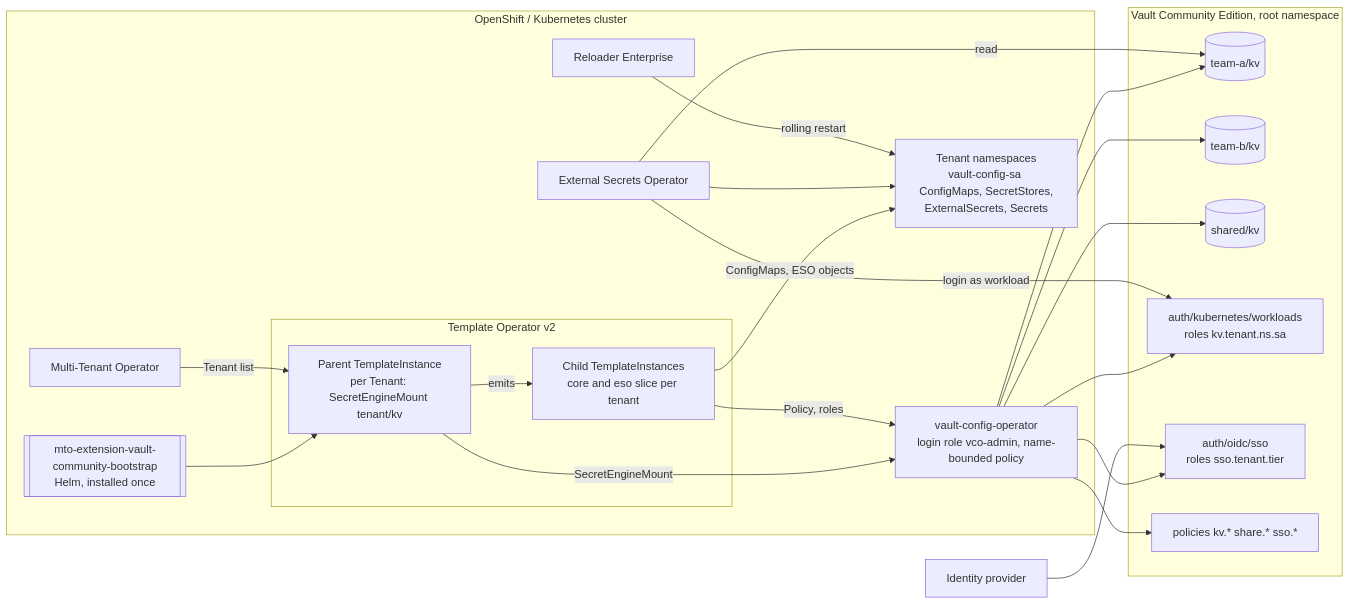
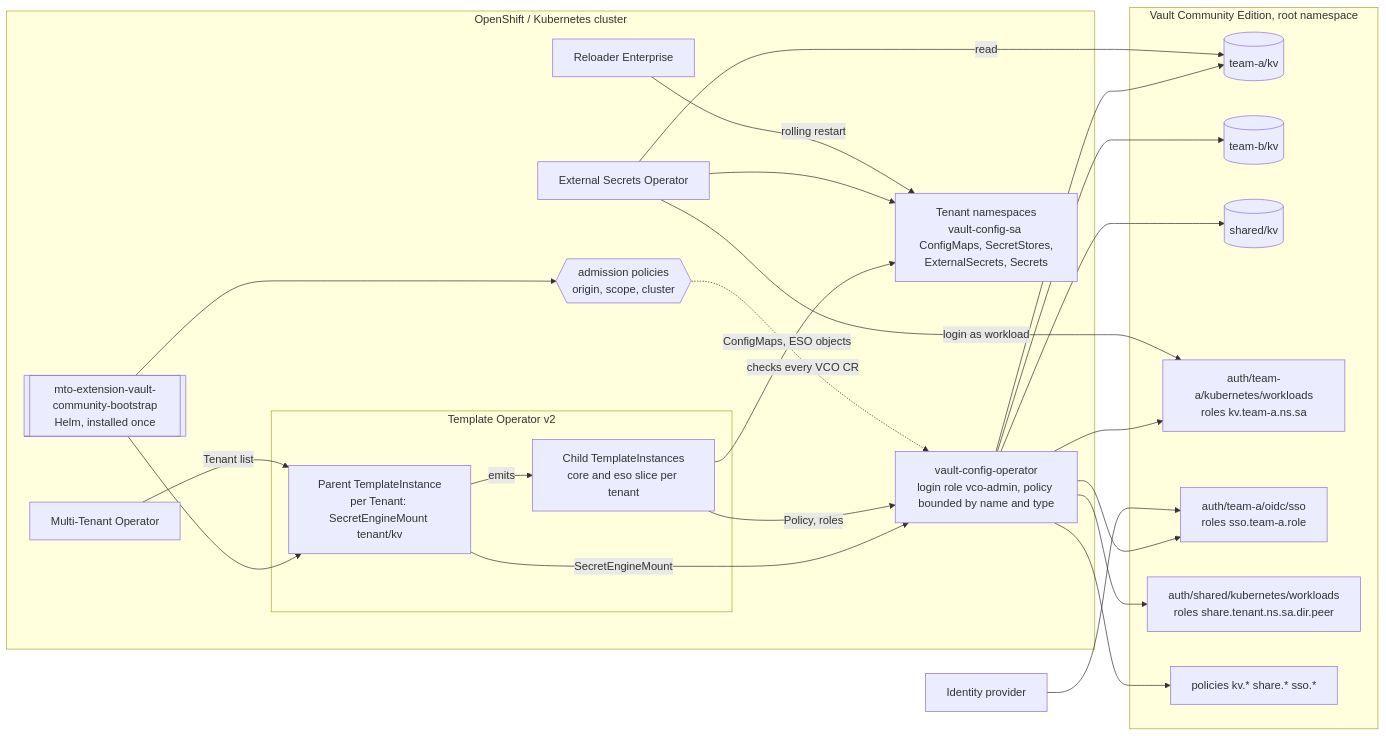
Before and after one commit to stakater/mto-extension-vault-community: the second of 6 diagrams in docs/diagrams.md, drawn with Mermaid. The commit also changed other lines of this file and 77 other files, not shown here.

````diff
--- a/docs/diagrams.md
+++ b/docs/diagrams.md
@@ -33,36 +33,40 @@
 ```mermaid
 flowchart LR
   subgraph Cluster[OpenShift / Kubernetes cluster]
     MTO[Multi-Tenant Operator]
     subgraph TOP[Template Operator v2]
       PTI[Parent TemplateInstance<br/>per Tenant: SecretEngineMount tenant/kv]
       CTI[Child TemplateInstances<br/>core and eso slice per tenant]
     end
     BOOT[[mto-extension-vault-community-bootstrap<br/>Helm, installed once]]
-    VCO[vault-config-operator<br/>login role vco-admin, name-bounded policy]
+    VCO[vault-config-operator<br/>login role vco-admin, policy bounded by name and type]
+    VAP{{admission policies<br/>origin, scope, cluster}}
     NS[Tenant namespaces<br/>vault-config-sa ConfigMaps, SecretStores,<br/>ExternalSecrets, Secrets]
     ESO[External Secrets Operator]
     REL[Reloader Enterprise]
   end
   subgraph V[Vault Community Edition, root namespace]
     KVA[(team-a/kv)]
     KVB[(team-b/kv)]
     KVS[(shared/kv)]
-    K8S[auth/kubernetes/workloads<br/>roles kv.tenant.ns.sa]
-    OIDC[auth/oidc/sso<br/>roles sso.tenant.tier]
+    K8S[auth/team-a/kubernetes/workloads<br/>roles kv.team-a.ns.sa]
+    OIDC[auth/team-a/oidc/sso<br/>roles sso.team-a.role]
+    K8SS[auth/shared/kubernetes/workloads<br/>roles share.tenant.ns.sa.dir.peer]
     POL[policies kv.* share.* sso.*]
   end
   IDP[Identity provider]
   BOOT --> PTI
   MTO -->|Tenant list| PTI
   PTI -->|emits| CTI
   PTI -->|SecretEngineMount| VCO
   CTI -->|Policy, roles| VCO
   CTI -->|ConfigMaps, ESO objects| NS
-  VCO --> KVA & KVB & KVS & K8S & OIDC & POL
+  BOOT --> VAP
+  VAP -.->|checks every VCO CR| VCO
+  VCO --> KVA & KVB & KVS & K8S & K8SS & OIDC & POL
   ESO -->|login as workload| K8S
   ESO -->|read| KVA
   ESO --> NS
   REL -->|rolling restart| NS
   IDP --> OIDC
 ```
````
